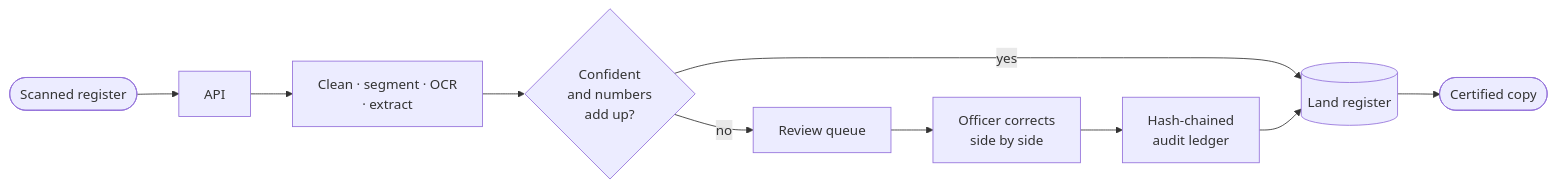
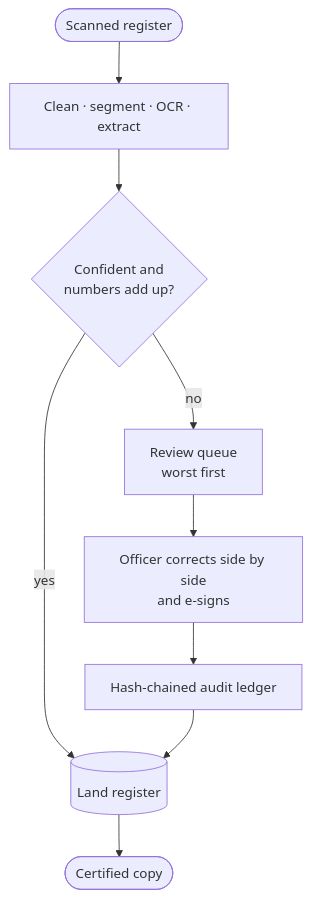
Before and after one commit to tejas0407/SIH: the diagram in README.md, drawn with Mermaid. The commit also changed 1 other file, not shown here.

Commit message:
Reflow the wide Mermaid diagrams so they fit GitHub's page width

````diff
--- a/README.md
+++ b/README.md
@@ -73,12 +73,11 @@
 ```mermaid
-flowchart LR
-    scan([Scanned register]) --> api[API]
-    api --> pipe["Clean · segment · OCR<br/>· extract"]
-    pipe --> check{"Confident<br/>and numbers<br/>add up?"}
+flowchart TD
+    scan([Scanned register]) --> pipe["Clean · segment · OCR · extract"]
+    pipe --> check{"Confident and<br/>numbers add up?"}
     check -- yes --> reg[(Land register)]
-    check -- no --> queue[Review queue]
-    queue --> officer["Officer corrects<br/>side by side"]
-    officer --> ledger["Hash-chained<br/>audit ledger"]
+    check -- no --> queue["Review queue<br/>worst first"]
+    queue --> officer["Officer corrects side by side<br/>and e-signs"]
+    officer --> ledger["Hash-chained audit ledger"]
     ledger --> reg
     reg --> cert([Certified copy])
 ```
````
